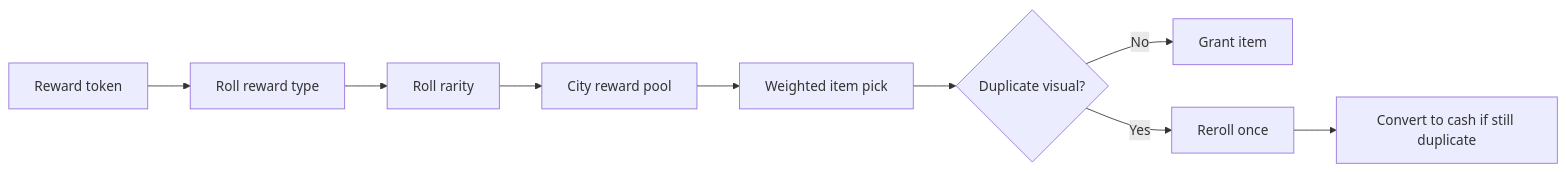
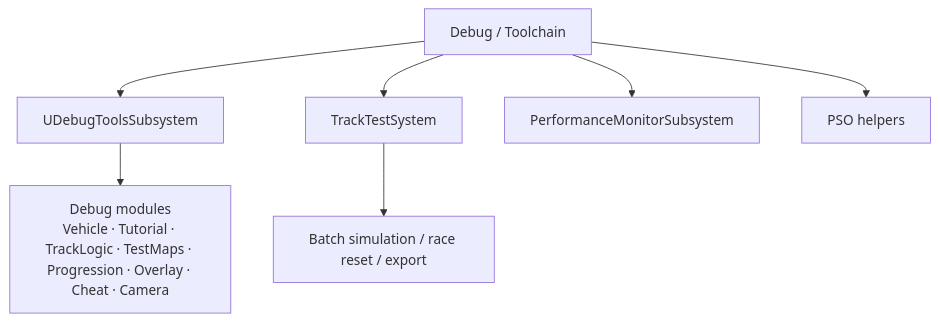
Before and after one commit to Click-Game-Studio/VNRacing: diagram 13 of 14 in Docs/VNRacing_HLD.md, drawn with Mermaid. The commit also changed other lines of this file, not shown here.

````diff
--- a/Docs/VNRacing_HLD.md
+++ b/Docs/VNRacing_HLD.md
@@ -467,11 +524,9 @@
 ```mermaid
-graph LR
-    Token["Reward token"] --> TypeRoll["Roll reward type"]
-    TypeRoll --> RarityRoll["Roll rarity"]
-    RarityRoll --> Pool["City reward pool"]
-    Pool --> Pick["Weighted item pick"]
-    Pick --> Duplicate{"Duplicate visual?"}
-    Duplicate -->|No| Grant["Grant item"]
-    Duplicate -->|Yes| Reroll["Reroll once"]
-    Reroll --> Cash["Convert to cash if still duplicate"]
+graph TB
+    DEBUG["Debug / Toolchain"] --> TOOLS["UDebugToolsSubsystem"]
+    DEBUG --> TRACK["TrackTestSystem"]
+    DEBUG --> PERF["PerformanceMonitorSubsystem"]
+    DEBUG --> PSO["PSO helpers"]
+    TRACK --> SIM["Batch simulation / race reset / export"]
+    TOOLS --> MODS["Debug modules\nVehicle · Tutorial · TrackLogic · TestMaps · Progression · Overlay · Cheat · Camera"]
 ```
````
